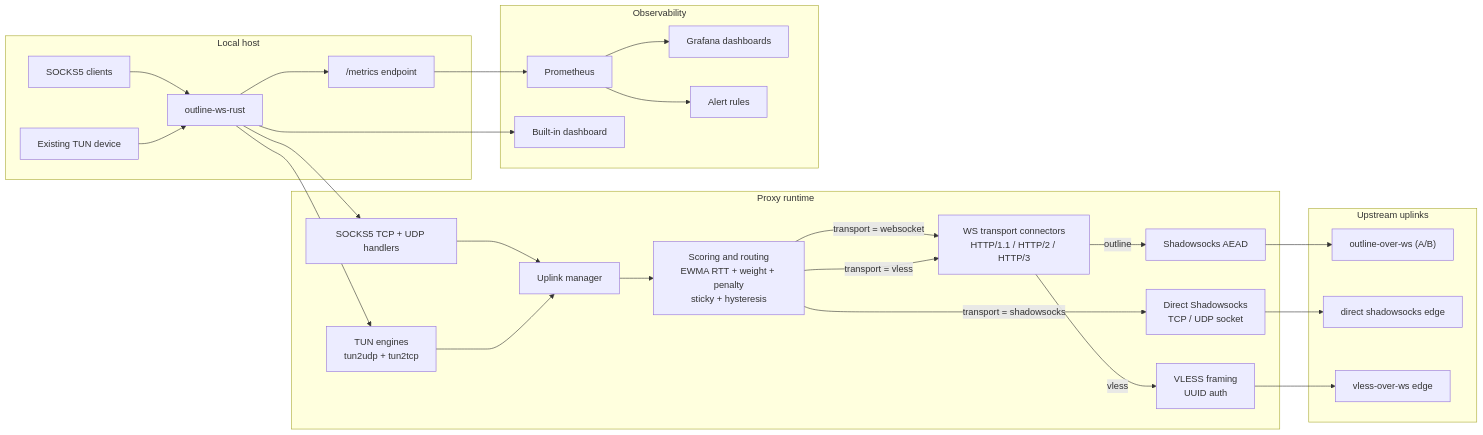
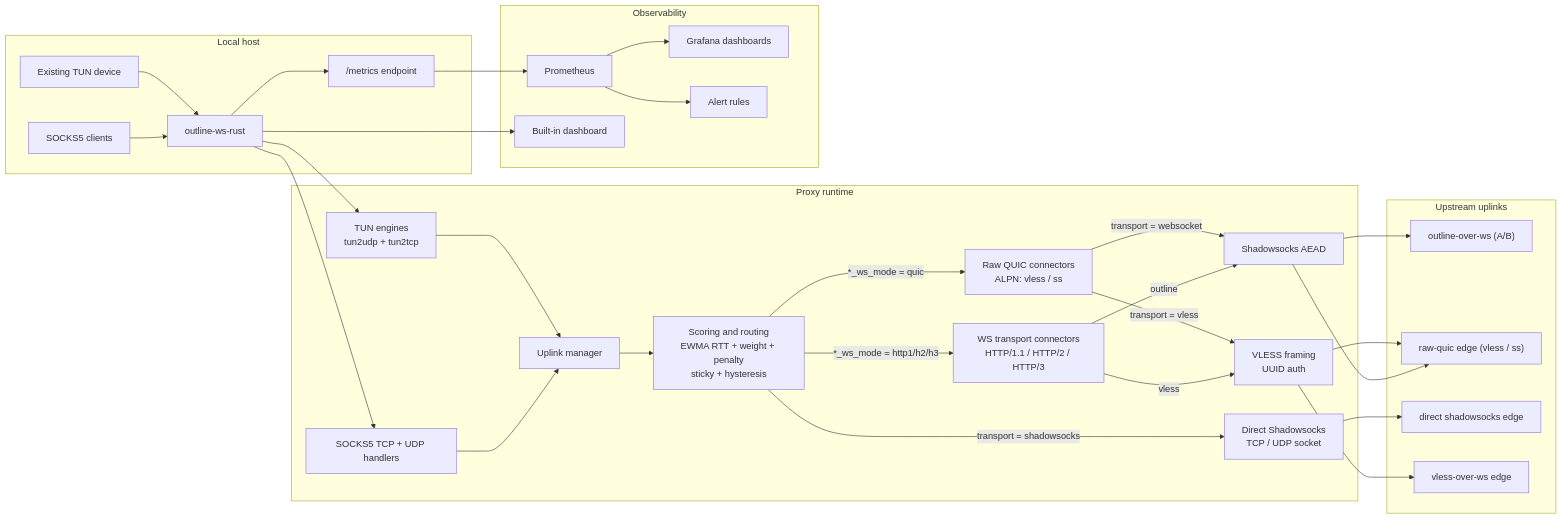
The diagram in ws/README.md (balookrd/outline-proxy), drawn with Mermaid before and after one commit. The commit also changed other lines of this file and 4 other files, not shown here.

First line of the commit message:
docs: document raw-QUIC transport and add config.toml examples

````diff
--- a/ws/README.md
+++ b/ws/README.md
@@ -37,62 +38,69 @@
 ```mermaid
 flowchart LR
     subgraph LocalHost["Local host"]
         C["SOCKS5 clients"]
         T["Existing TUN device"]
         P["outline-ws-rust"]
         M["/metrics endpoint"]
         C --> P
         T --> P
         P --> M
     end
 
     subgraph Runtime["Proxy runtime"]
         S["SOCKS5 TCP + UDP handlers"]
         U["Uplink manager"]
         LB["Scoring and routing
 EWMA RTT + weight + penalty
 sticky + hysteresis"]
         WS["WS transport connectors
 HTTP/1.1 / HTTP/2 / HTTP/3"]
+        QC["Raw QUIC connectors
+ALPN: vless / ss"]
         DS["Direct Shadowsocks
 TCP / UDP socket"]
         SS["Shadowsocks AEAD"]
         VL["VLESS framing
 UUID auth"]
         TT["TUN engines
 tun2udp + tun2tcp"]
     end
 
     P --> S
     P --> TT
     S --> U
     TT --> U
     U --> LB
-    LB -->|"transport = websocket"| WS
+    LB -->|"*_ws_mode = http1/h2/h3"| WS
+    LB -->|"*_ws_mode = quic"| QC
     LB -->|"transport = shadowsocks"| DS
-    LB -->|"transport = vless"| WS
     WS -->|"outline"| SS
     WS -->|"vless"| VL
+    QC -->|"transport = websocket"| SS
+    QC -->|"transport = vless"| VL
 
     subgraph Upstream["Upstream uplinks"]
         O1["outline-over-ws (A/B)"]
+        O2["raw-quic edge (vless / ss)"]
         O3["direct shadowsocks edge"]
         O4["vless-over-ws edge"]
     end
 
     SS --> O1
+    SS --> O2
     DS --> O3
     VL --> O4
+    VL --> O2
 
     subgraph Observability["Observability"]
         PR["Prometheus"]
         DASH["Built-in dashboard"]
         GD["Grafana dashboards"]
         AL["Alert rules"]
     end
 
     M --> PR
     P --> DASH
     PR --> GD
     PR --> AL
 ```
````
